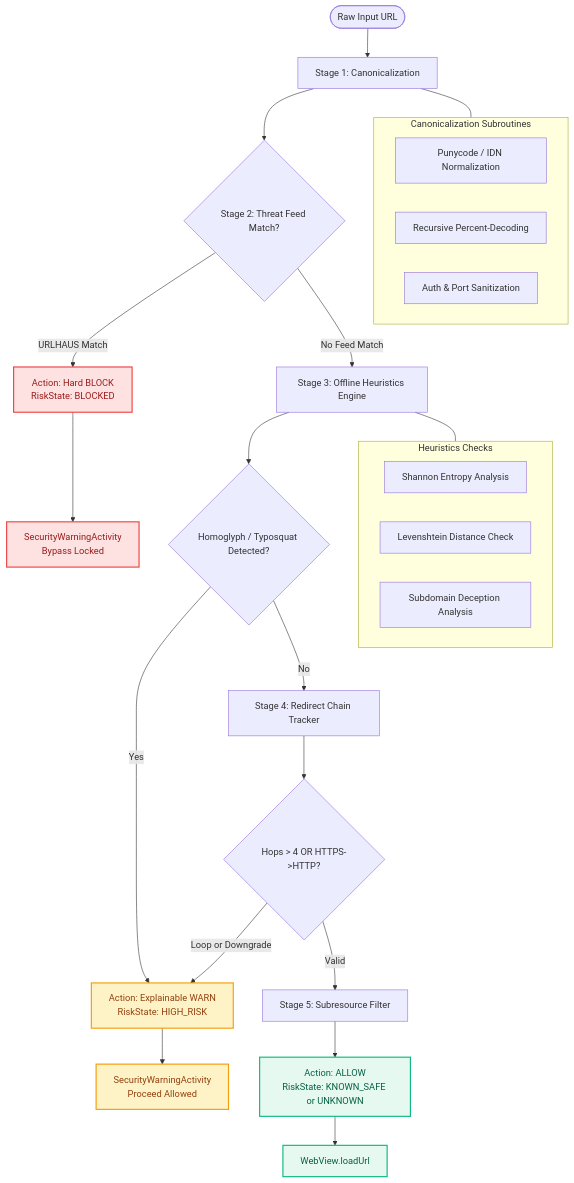
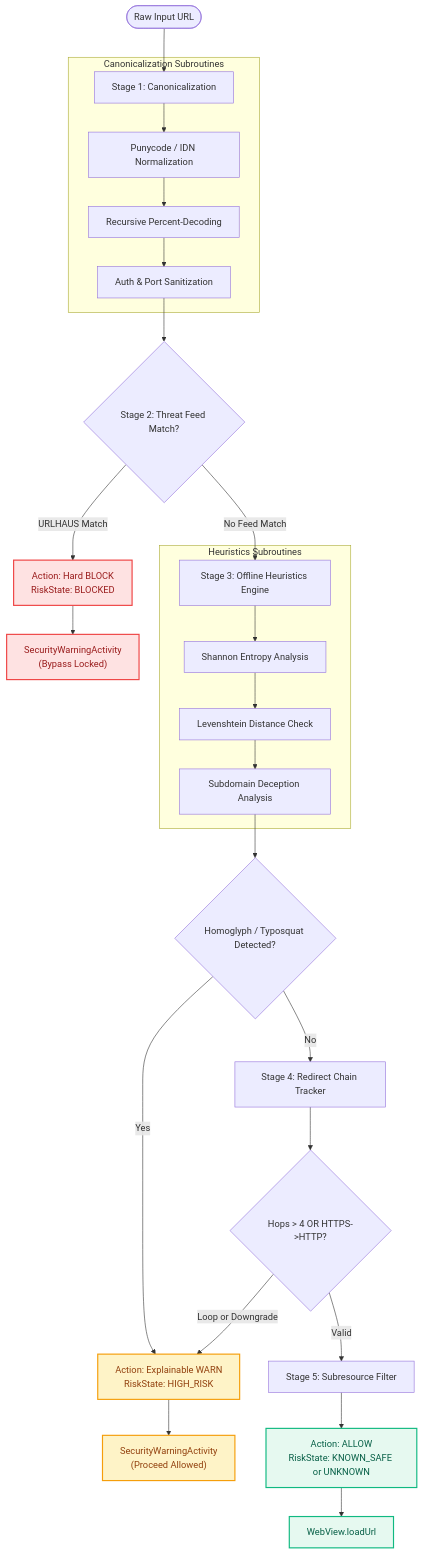
The third of 8 diagrams in README.md (gintama1018/BRO), drawn with Mermaid before and after one commit. The commit also changed other lines of this file, not shown here.

Commit message:
fix(docs): resolve Mermaid cyclic state and parser errors on GitHub markdown

````diff
--- a/README.md
+++ b/README.md
@@ -263,44 +253,42 @@
 ```mermaid
 flowchart TD
     In([Raw Input URL]) --> S1[Stage 1: Canonicalization]
     
-    subgraph S1_Details [Canonicalization Subroutines]
-        S1a[Punycode / IDN Normalization]
-        S1b[Recursive Percent-Decoding]
-        S1c[Auth & Port Sanitization]
+    subgraph S1_Details ["Canonicalization Subroutines"]
+        S1 --> S1a[Punycode / IDN Normalization]
+        S1a --> S1b[Recursive Percent-Decoding]
+        S1b --> S1c[Auth & Port Sanitization]
     end
-    S1 --- S1_Details
     
-    S1 --> S2{Stage 2: Threat Feed Match?}
-    S2 -->|URLHAUS Match| BlockAction[Action: Hard BLOCK<br/>RiskState: BLOCKED]
-    S2 -->|No Feed Match| S3[Stage 3: Offline Heuristics Engine]
+    S1c --> S2{Stage 2: Threat Feed Match?}
+    S2 -->|"URLHAUS Match"| BlockAction["Action: Hard BLOCK<br/>RiskState: BLOCKED"]
+    S2 -->|"No Feed Match"| S3[Stage 3: Offline Heuristics Engine]
     
-    subgraph S3_Details [Heuristics Checks]
-        S3a[Shannon Entropy Analysis]
-        S3b[Levenshtein Distance Check]
-        S3c[Subdomain Deception Analysis]
+    subgraph S3_Details ["Heuristics Subroutines"]
+        S3 --> S3a[Shannon Entropy Analysis]
+        S3a --> S3b[Levenshtein Distance Check]
+        S3b --> S3c[Subdomain Deception Analysis]
     end
-    S3 --- S3_Details
     
-    S3 --> S4{Homoglyph / Typosquat Detected?}
-    S4 -->|Yes| WarnAction[Action: Explainable WARN<br/>RiskState: HIGH_RISK]
-    S4 -->|No| S5[Stage 4: Redirect Chain Tracker]
+    S3c --> S4{Homoglyph / Typosquat Detected?}
+    S4 -->|"Yes"| WarnAction["Action: Explainable WARN<br/>RiskState: HIGH_RISK"]
+    S4 -->|"No"| S5[Stage 4: Redirect Chain Tracker]
     
     S5 --> S6{Hops > 4 OR HTTPS->HTTP?}
-    S6 -->|Loop or Downgrade| WarnAction
-    S6 -->|Valid| S7[Stage 5: Subresource Filter]
+    S6 -->|"Loop or Downgrade"| WarnAction
+    S6 -->|"Valid"| S7[Stage 5: Subresource Filter]
     
-    S7 --> AllowAction[Action: ALLOW<br/>RiskState: KNOWN_SAFE or UNKNOWN]
+    S7 --> AllowAction["Action: ALLOW<br/>RiskState: KNOWN_SAFE or UNKNOWN"]
     
-    BlockAction --> UI_Block[SecurityWarningActivity<br/>Bypass Locked]
-    WarnAction --> UI_Warn[SecurityWarningActivity<br/>Proceed Allowed]
-    AllowAction --> WebViewLoad[WebView.loadUrl]
+    BlockAction --> UI_Block["SecurityWarningActivity<br/>(Bypass Locked)"]
+    WarnAction --> UI_Warn["SecurityWarningActivity<br/>(Proceed Allowed)"]
+    AllowAction --> WebViewLoad["WebView.loadUrl"]
 
     classDef block fill:#FEE2E2,stroke:#EF4444,stroke-width:2px,color:#991B1B;
     classDef warn fill:#FEF3C7,stroke:#F59E0B,stroke-width:2px,color:#92400E;
     classDef allow fill:#E6F9F0,stroke:#10B981,stroke-width:2px,color:#065F46;
 
     class BlockAction,UI_Block block;
     class WarnAction,UI_Warn warn;
     class AllowAction,WebViewLoad allow;
 ```
````
